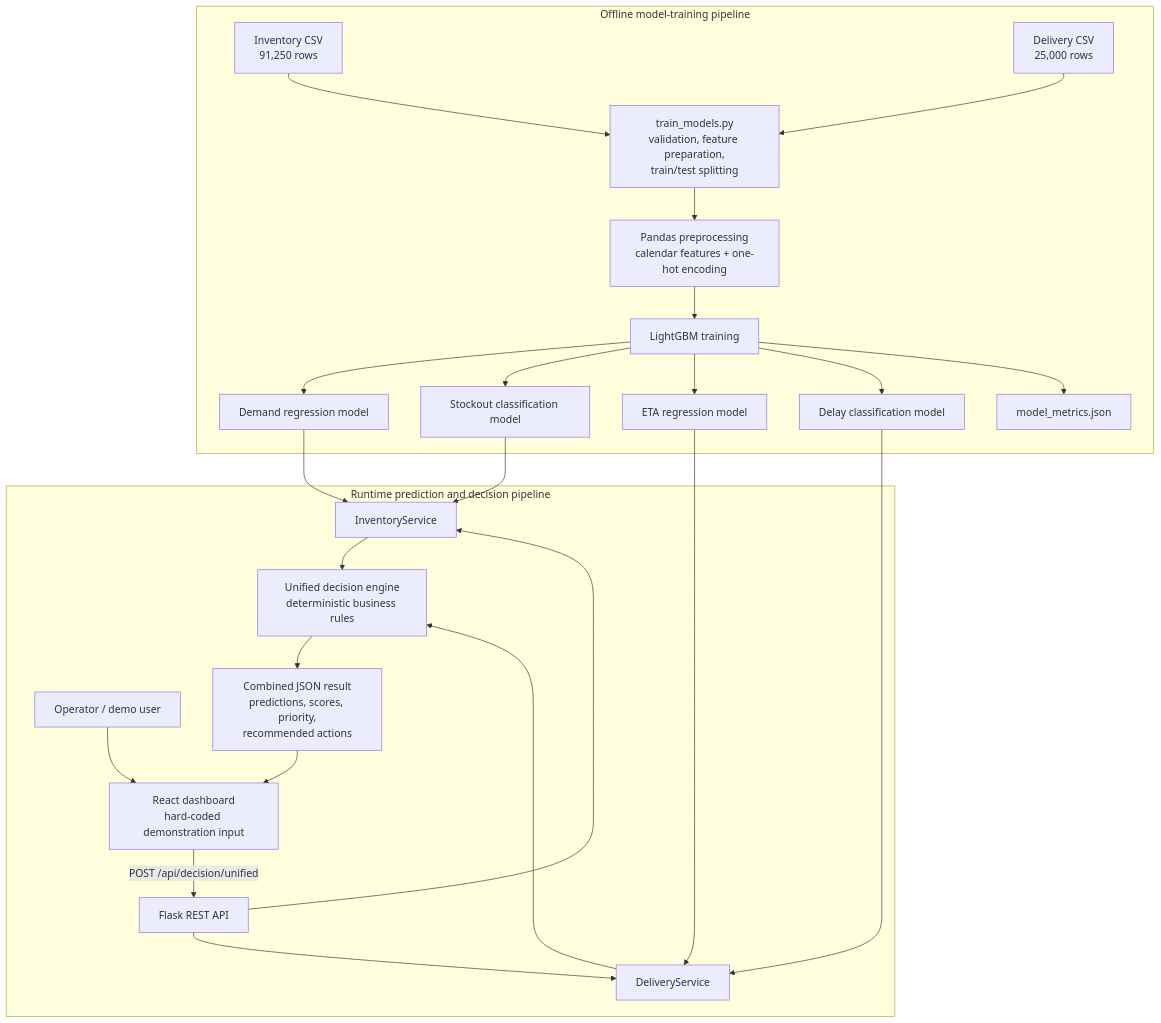
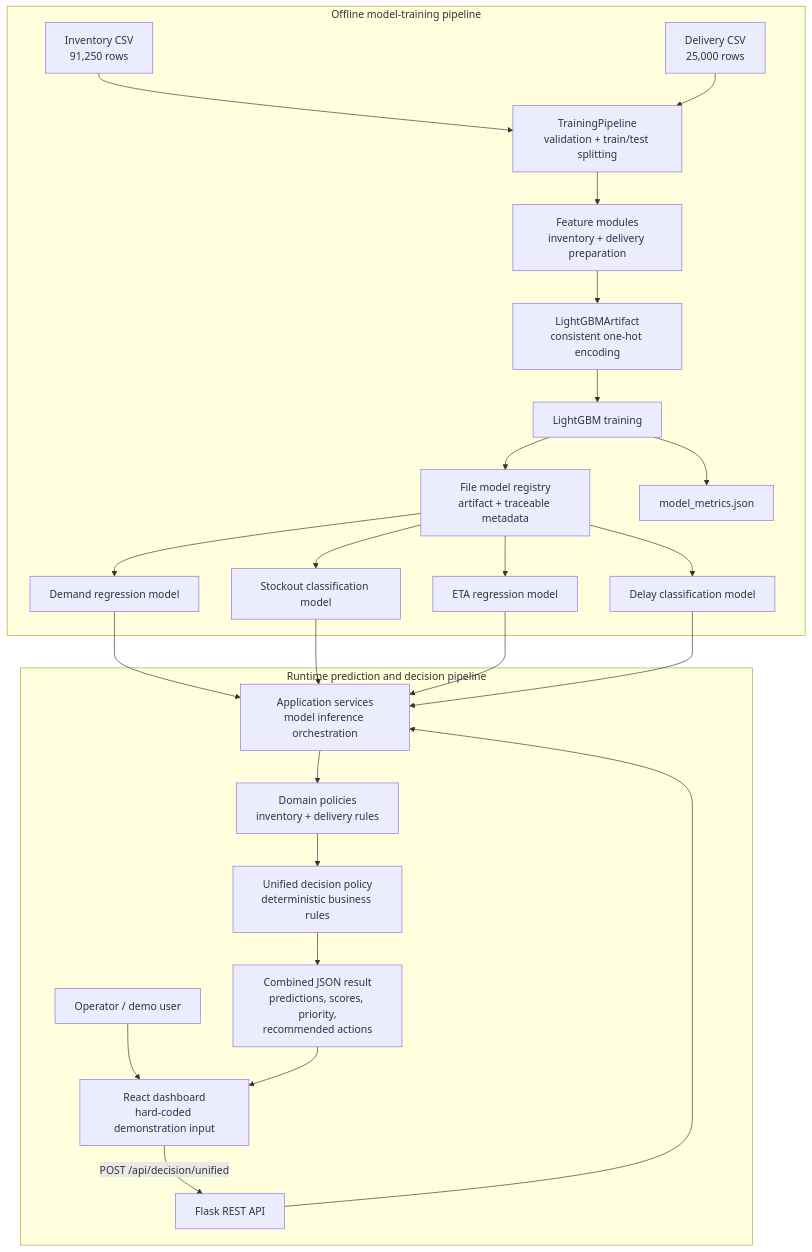
One commit to Hariharann2004/AI-based-Unified-Inventory-and-Last-Mile-Delivery-Intelligence-Platform-for-Quick-Commerce changed the first of 2 diagrams in README.md. Above: the diagram before and after it, drawn with Mermaid. The commit also changed other lines of this file and 16 other files, not shown here.

````diff
--- a/README.md
+++ b/README.md
@@ -60,47 +60,49 @@
 ```mermaid
 flowchart TB
     subgraph Training["Offline model-training pipeline"]
         ICSV["Inventory CSV<br/>91,250 rows"]
         DCSV["Delivery CSV<br/>25,000 rows"]
-        TRAIN["train_models.py<br/>validation, feature preparation,<br/>train/test splitting"]
-        ENCODE["Pandas preprocessing<br/>calendar features + one-hot encoding"]
+        TRAIN["TrainingPipeline<br/>validation + train/test splitting"]
+        FEATURES["Feature modules<br/>inventory + delivery preparation"]
+        ENCODE["LightGBMArtifact<br/>consistent one-hot encoding"]
         LGBM["LightGBM training"]
+        REGISTRY["File model registry<br/>artifact + traceable metadata"]
         DM["Demand regression model"]
         SM["Stockout classification model"]
         EM["ETA regression model"]
         LM["Delay classification model"]
         METRICS["model_metrics.json"]
 
         ICSV --> TRAIN
         DCSV --> TRAIN
-        TRAIN --> ENCODE --> LGBM
-        LGBM --> DM
-        LGBM --> SM
-        LGBM --> EM
-        LGBM --> LM
+        TRAIN --> FEATURES --> ENCODE --> LGBM
+        LGBM --> REGISTRY
+        REGISTRY --> DM
+        REGISTRY --> SM
+        REGISTRY --> EM
+        REGISTRY --> LM
         LGBM --> METRICS
     end
 
     subgraph Runtime["Runtime prediction and decision pipeline"]
         USER["Operator / demo user"]
         REACT["React dashboard<br/>hard-coded demonstration input"]
         API["Flask REST API"]
-        INV["InventoryService"]
-        DEL["DeliveryService"]
-        RULES["Unified decision engine<br/>deterministic business rules"]
+        APP["Application services<br/>model inference orchestration"]
+        DOMAIN["Domain policies<br/>inventory + delivery rules"]
+        RULES["Unified decision policy<br/>deterministic business rules"]
         RESPONSE["Combined JSON result<br/>predictions, scores, priority,<br/>recommended actions"]
 
         USER --> REACT
         REACT -->|"POST /api/decision/unified"| API
-        API --> INV
-        API --> DEL
-        DM --> INV
-        SM --> INV
-        EM --> DEL
-        LM --> DEL
-        INV --> RULES
-        DEL --> RULES
+        API --> APP
+        DM --> APP
+        SM --> APP
+        EM --> APP
+        LM --> APP
+        APP --> DOMAIN
+        DOMAIN --> RULES
         RULES --> RESPONSE
         RESPONSE --> REACT
     end
 ```
````
